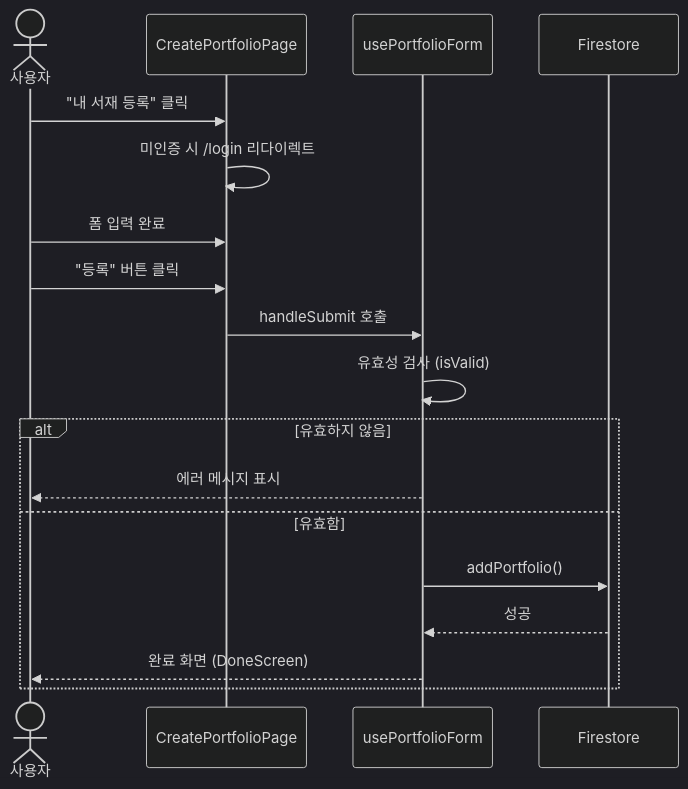
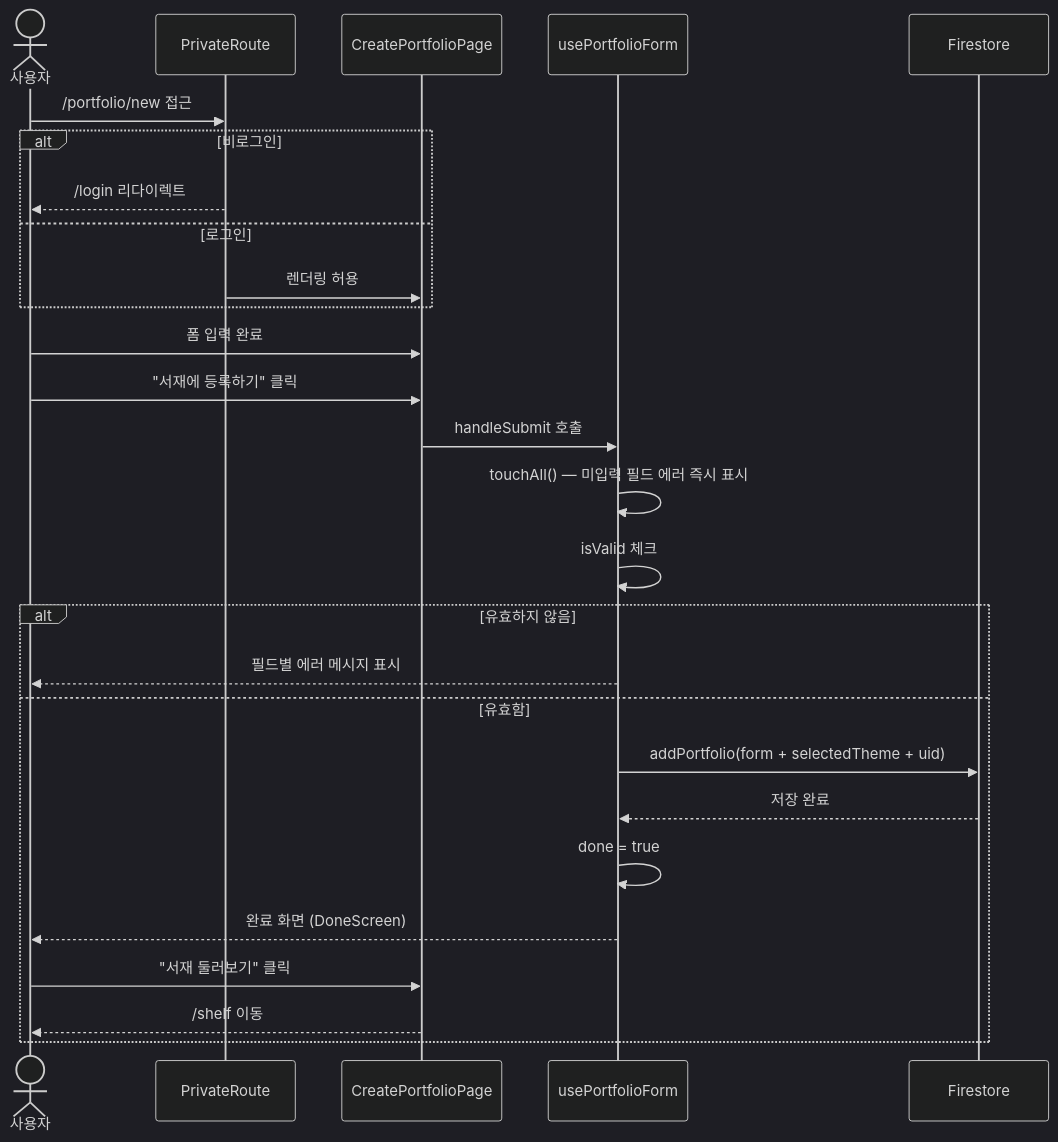
Before and after one commit to front-jeju/devshelf: the sixth of 7 diagrams in README.md, drawn with Mermaid (dark theme). The commit also changed other lines of this file, not shown here.

````diff
--- a/README.md
+++ b/README.md
@@ -367,21 +468,30 @@
 ```mermaid
 sequenceDiagram
     actor U as 사용자
+    participant PR as PrivateRoute
     participant Page as CreatePortfolioPage
     participant Hook as usePortfolioForm
     participant FS as Firestore
 
-    U->>Page: "내 서재 등록" 클릭
-    Page->>Page: 미인증 시 /login 리다이렉트
+    U->>PR: /portfolio/new 접근
+    alt 비로그인
+        PR-->>U: /login 리다이렉트
+    else 로그인
+        PR->>Page: 렌더링 허용
+    end
     U->>Page: 폼 입력 완료
-    U->>Page: "등록" 버튼 클릭
+    U->>Page: "서재에 등록하기" 클릭
     Page->>Hook: handleSubmit 호출
-    Hook->>Hook: 유효성 검사 (isValid)
+    Hook->>Hook: touchAll() — 미입력 필드 에러 즉시 표시
+    Hook->>Hook: isValid 체크
     alt 유효하지 않음
-        Hook-->>U: 에러 메시지 표시
+        Hook-->>U: 필드별 에러 메시지 표시
     else 유효함
-        Hook->>FS: addPortfolio()
-        FS-->>Hook: 성공
+        Hook->>FS: addPortfolio(form + selectedTheme + uid)
+        FS-->>Hook: 저장 완료
+        Hook->>Hook: done = true
         Hook-->>U: 완료 화면 (DoneScreen)
+        U->>Page: "서재 둘러보기" 클릭
+        Page-->>U: /shelf 이동
     end
 ```
````
